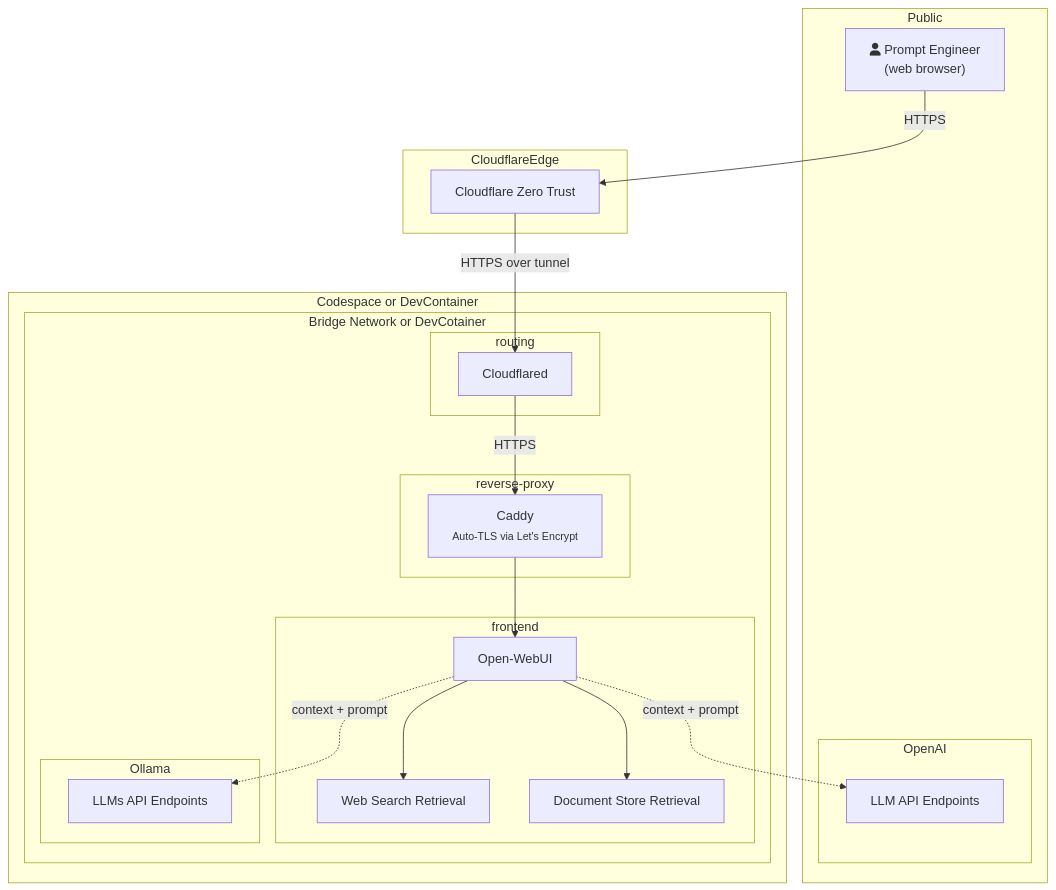
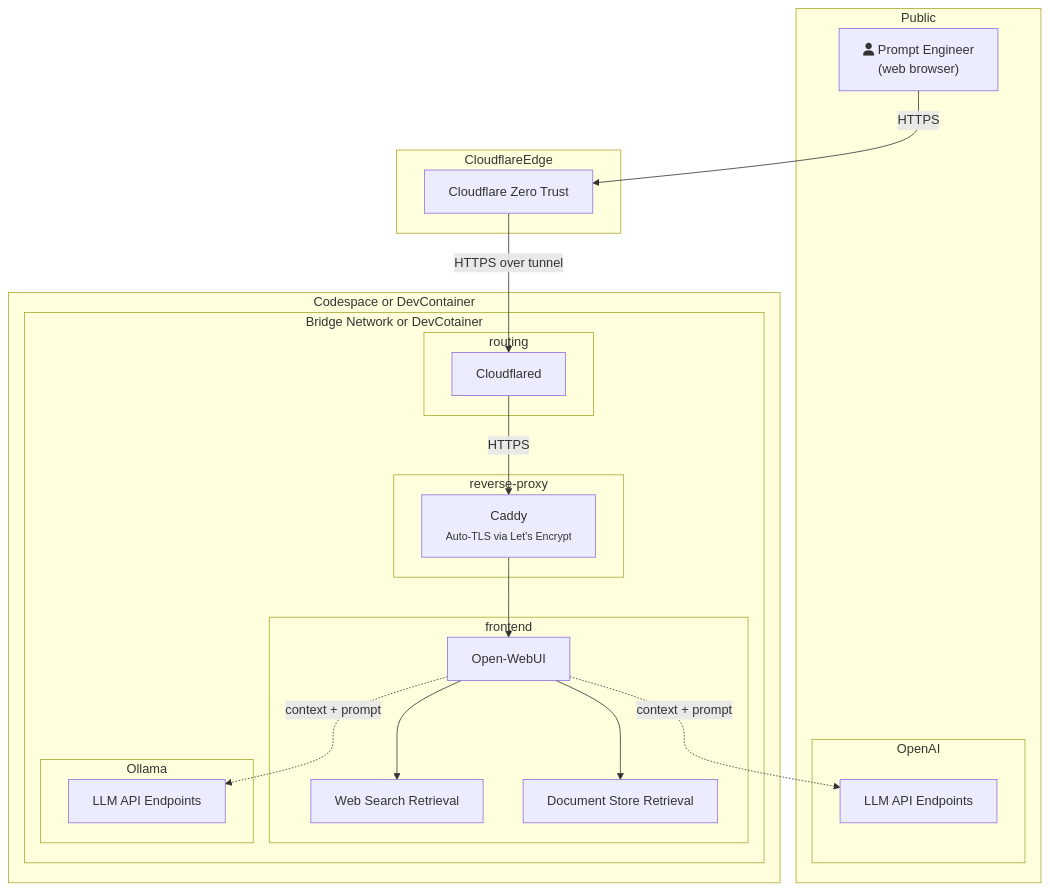
One commit to piky/open-webui changed the diagram in README.md. Above: the diagram before and after it, drawn with Mermaid.

Commit message:
chore: word spell check

````diff
--- a/README.md
+++ b/README.md
@@ -16,51 +16,51 @@
 ```mermaid
 flowchart TD
     %% External actors
     subgraph Public
         user["fa:fa-user Prompt Engineer\n(web browser)"]
             subgraph OpenAI
                 openai["LLM API Endpoints"]
             end
     end
 
     %% Cloudflare side
     subgraph CloudflareEdge
         cf["Cloudflare Zero Trust"]
     end
 
     %% Corporate network behind firewall
     subgraph Codespace or DevContainer
 
         subgraph Bridge Network or DevCotainer
 
             subgraph routing
                 firewall["Cloudflared"]
             end
 
             subgraph reverse-proxy
                 caddy["Caddy \n<small> Auto-TLS via Let's Encrypt</small>"]
             end
 
             subgraph frontend
                 fe_app["Open-WebUI"]
                 rag_web["Web Search Retrieval"]
                 rag_doc["Document Store Retrieval"]
             end
             subgraph Ollama
-                ollama["LLMs API Endpoints"]
+                ollama["LLM API Endpoints"]
             end
         end
     end
 
     %% Flow
     user  -->|HTTPS| cf
     cf    -->|HTTPS over tunnel| firewall
     firewall -->|HTTPS| caddy
     caddy --> fe_app
 
     fe_app --> rag_web
     fe_app --> rag_doc
     fe_app -.->|context + prompt| ollama
 
     fe_app -.->|context + prompt| openai
 ```
````
